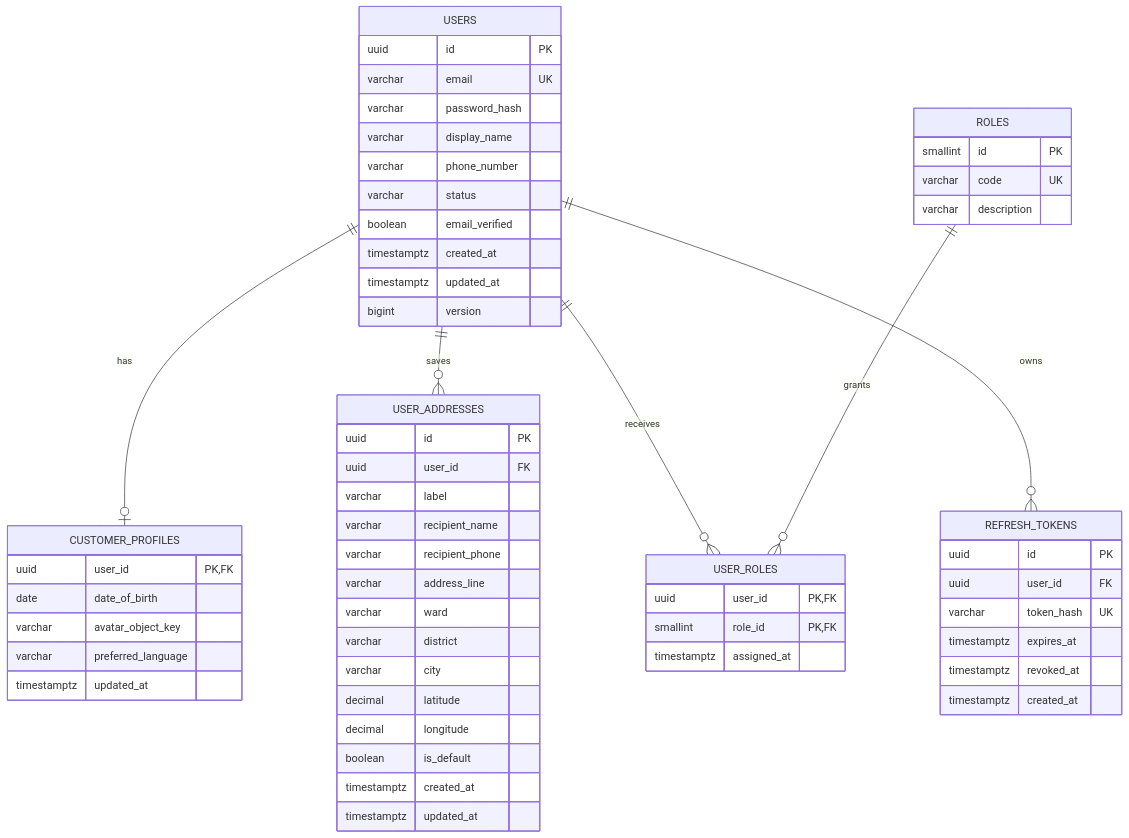
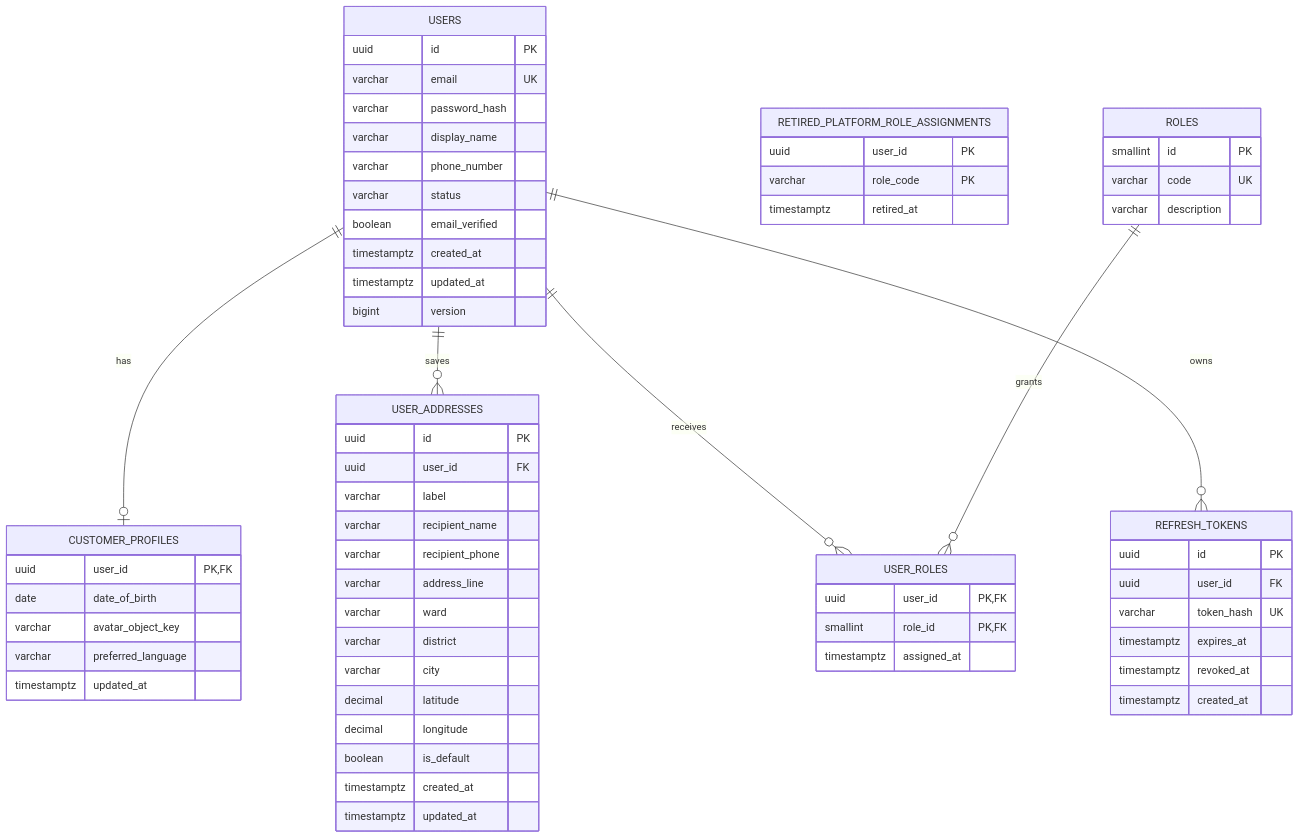
The diagram in docs/erd/01-identity-service-logical.mmd (leminhkhoi-james/Bakery-Platform), drawn with Mermaid before and after one commit. The commit also changed 49 other files, not shown here.

```diff
--- a/docs/erd/01-identity-service-logical.mmd
+++ b/docs/erd/01-identity-service-logical.mmd
@@ -1,65 +1,71 @@
 erDiagram
     USERS {
         uuid id PK
         varchar email UK
         varchar password_hash
         varchar display_name
         varchar phone_number
         varchar status
         boolean email_verified
         timestamptz created_at
         timestamptz updated_at
         bigint version
     }
 
     CUSTOMER_PROFILES {
         uuid user_id PK, FK
         date date_of_birth
         varchar avatar_object_key
         varchar preferred_language
         timestamptz updated_at
     }
 
     USER_ADDRESSES {
         uuid id PK
         uuid user_id FK
         varchar label
         varchar recipient_name
         varchar recipient_phone
         varchar address_line
         varchar ward
         varchar district
         varchar city
         decimal latitude
         decimal longitude
         boolean is_default
         timestamptz created_at
         timestamptz updated_at
     }
 
+    RETIRED_PLATFORM_ROLE_ASSIGNMENTS {
+        uuid user_id PK
+        varchar role_code PK
+        timestamptz retired_at
+    }
+
     ROLES {
         smallint id PK
         varchar code UK
         varchar description
     }
 
     USER_ROLES {
         uuid user_id PK, FK
         smallint role_id PK, FK
         timestamptz assigned_at
     }
 
     REFRESH_TOKENS {
         uuid id PK
         uuid user_id FK
         varchar token_hash UK
         timestamptz expires_at
         timestamptz revoked_at
         timestamptz created_at
     }
 
     USERS ||--o| CUSTOMER_PROFILES : has
     USERS ||--o{ USER_ADDRESSES : saves
     USERS ||--o{ USER_ROLES : receives
     ROLES ||--o{ USER_ROLES : grants
     USERS ||--o{ REFRESH_TOKENS : owns
```
